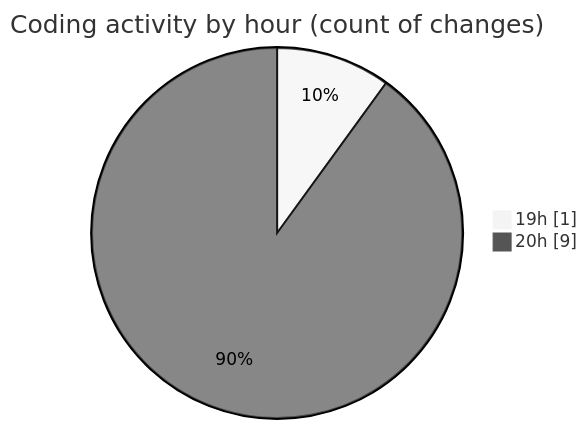
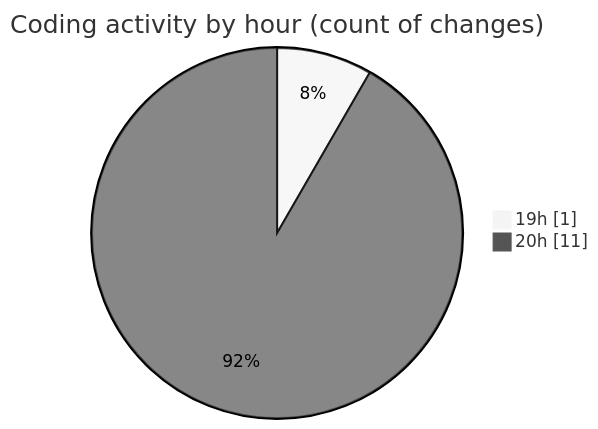
Before and after one commit to Netris89/code-tracking: the second of 2 diagrams in 2025-07-09/data/README.md, drawn with Mermaid (neutral theme). The commit also changed other lines of this file and 1 other file, not shown here.

````diff
--- a/2025-07-09/data/README.md
+++ b/2025-07-09/data/README.md
@@ -33,6 +35,6 @@
 ```mermaid
 pie showData
 title Coding activity by hour (count of changes)
 "19h" : 1
-"20h" : 9
+"20h" : 11
 ```
````
